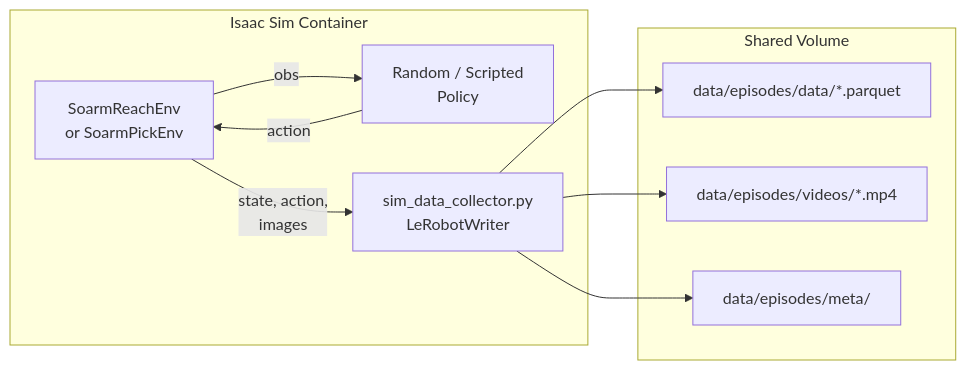
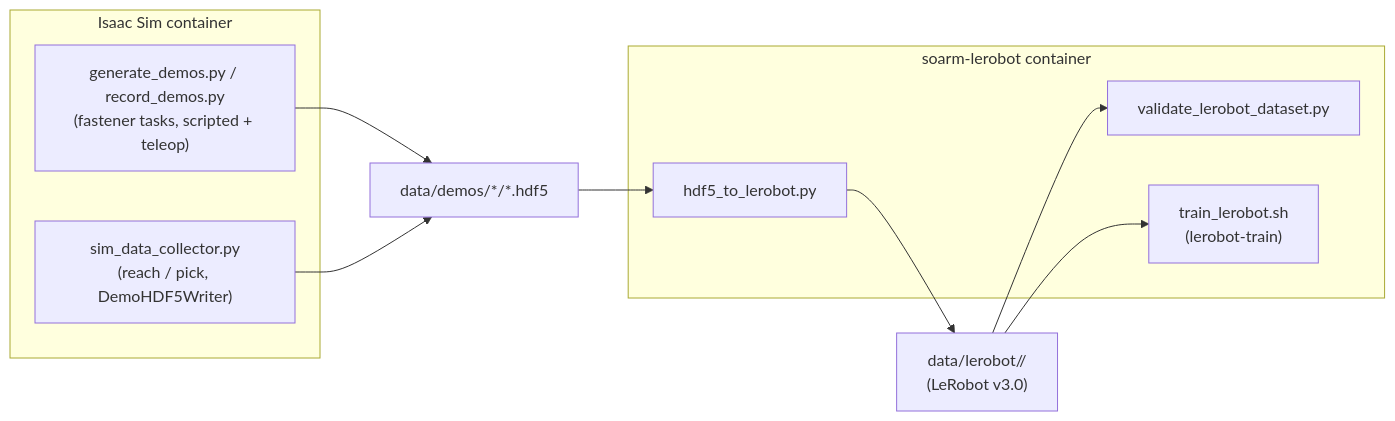
The diagram in docs/DATA_PIPELINE.md (Jbruslind/soarm101-isaac), drawn with Mermaid before and after one commit. The commit also changed other lines of this file and 12 other files, not shown here.

````diff
--- a/docs/DATA_PIPELINE.md
+++ b/docs/DATA_PIPELINE.md
@@ -88,20 +12,17 @@
 ```mermaid
 graph LR
-    subgraph isaacSim ["Isaac Sim Container"]
-        Env["SoarmReachEnv\nor SoarmPickEnv"]
-        Policy["Random / Scripted\nPolicy"]
-        Collector["sim_data_collector.py\nLeRobotWriter"]
+    subgraph isaacSim ["Isaac Sim container"]
+        Demos["generate_demos.py / record_demos.py\n(fastener tasks, scripted + teleop)"]
+        Collector["sim_data_collector.py\n(reach / pick, DemoHDF5Writer)"]
     end
-    subgraph disk ["Shared Volume"]
-        Parquet["data/episodes/data/*.parquet"]
-        Video["data/episodes/videos/*.mp4"]
-        Meta["data/episodes/meta/"]
+    subgraph lerobot ["soarm-lerobot container"]
+        Convert["hdf5_to_lerobot.py"]
+        Validate["validate_lerobot_dataset.py"]
+        Train["train_lerobot.sh\n(lerobot-train)"]
     end
-
-    Env -->|"obs"| Policy
-    Policy -->|"action"| Env
-    Env -->|"state, action,\nimages"| Collector
-    Collector --> Parquet
-    Collector --> Video
-    Collector --> Meta
+    Demos --> HDF5["data/demos/*/*.hdf5"]
+    Collector --> HDF5
+    HDF5 --> Convert --> DS["data/lerobot/<name>/\n(LeRobot v3.0)"]
+    DS --> Validate
+    DS --> Train
 ```
````
